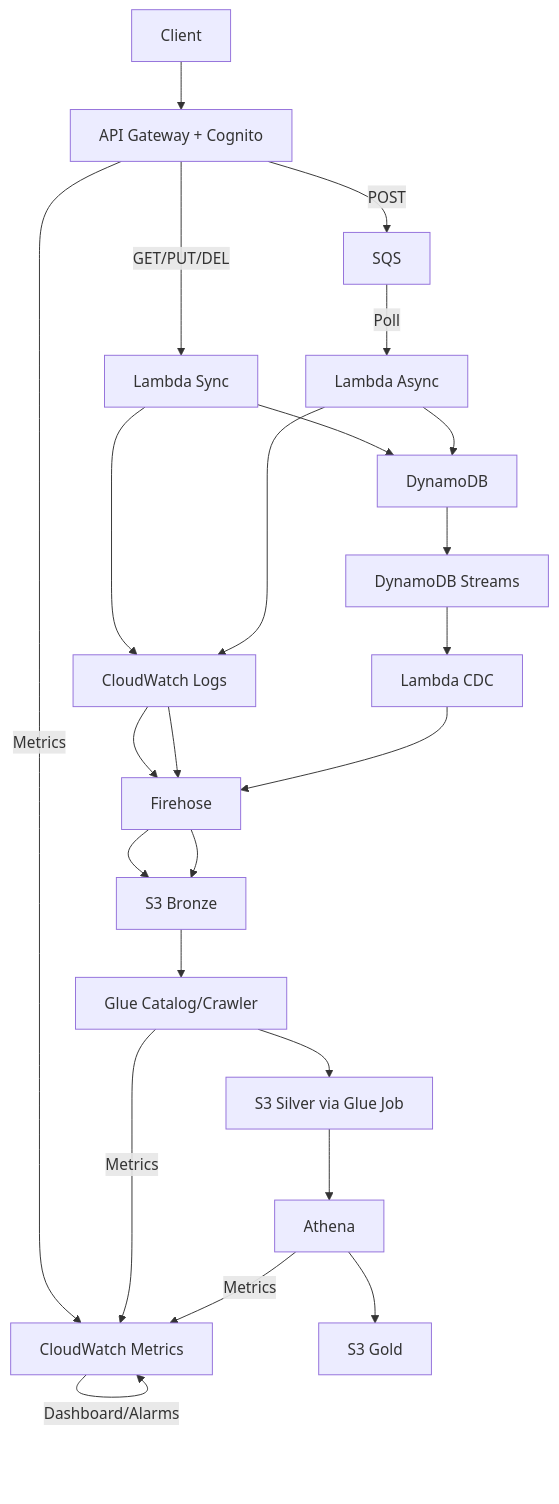
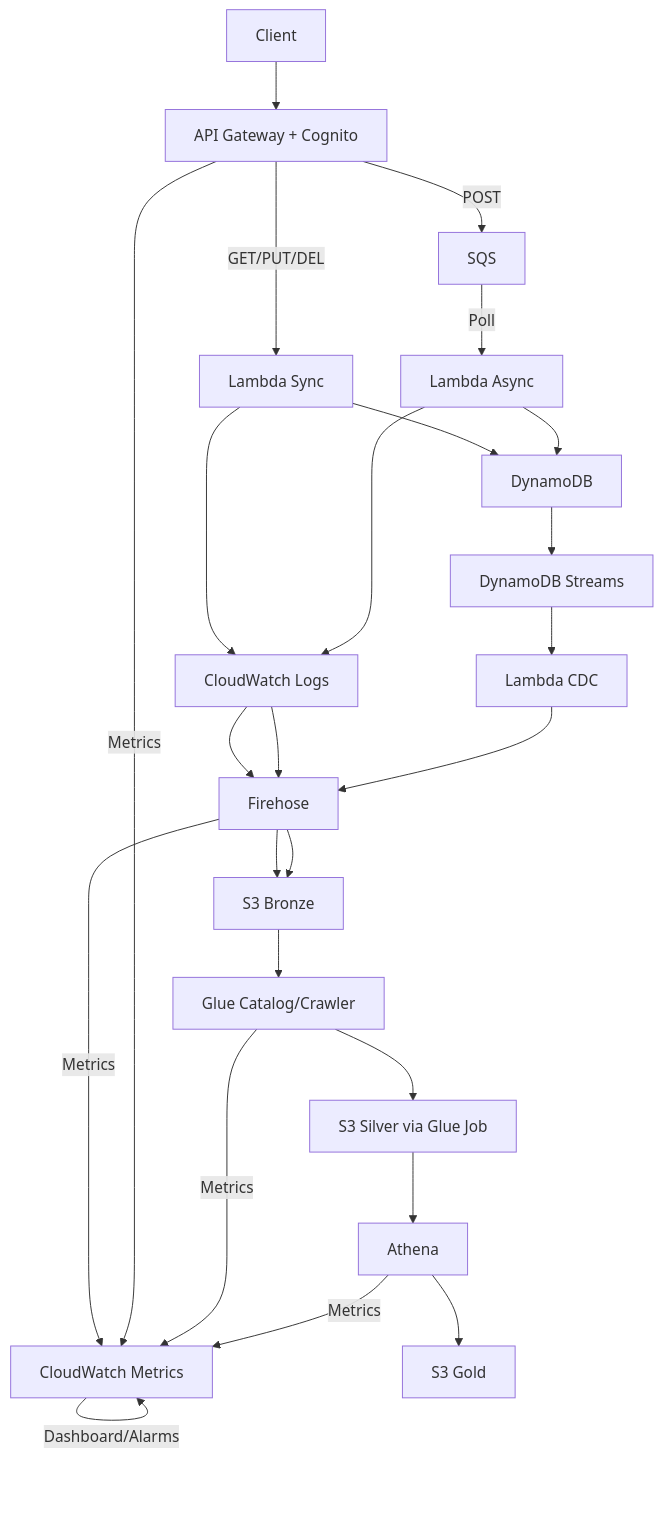
The diagram in docs/adrs/000-architecture-overview.md (CoreosG/todo-api-with-insights), drawn with Mermaid before and after one commit. The commit also changed 1 other file, not shown here.

Commit message:
docs(adr, diagram): fix diagram missing link for firehose -> CWM

````diff
--- a/docs/adrs/000-architecture-overview.md
+++ b/docs/adrs/000-architecture-overview.md
@@ -267,26 +267,27 @@
 ```mermaid
 graph TD
            Client --> AG[API Gateway + Cognito]
            AG -->|POST| SQS
            AG -->|GET/PUT/DEL| L1[Lambda Sync]
            L1 --> CW[CloudWatch Logs]
            CW --> FH[Firehose]
+           FH --> |Metrics|CWM
            FH --> S3B[S3 Bronze]
            L1 --> DDB[DynamoDB]
            AG -->|Metrics| CWM[CloudWatch Metrics]
            SQS -->|Poll| L2[Lambda Async]
            L2 --> CW
            CW --> FH
            L2 --> DDB
            DDB --> DS[DynamoDB Streams]
            DS --> L3[Lambda CDC]
            L3 --> FH
            FH --> S3B
            S3B --> GC[Glue Catalog/Crawler]
            GC --> |Metrics|CWM
            GC --> GS[S3 Silver via Glue Job]
            GS --> A
            A[Athena] -->|Metrics| CWM
            A --> GG[S3 Gold]
            CWM -->|Dashboard/Alarms| CWM 
 ```
````
